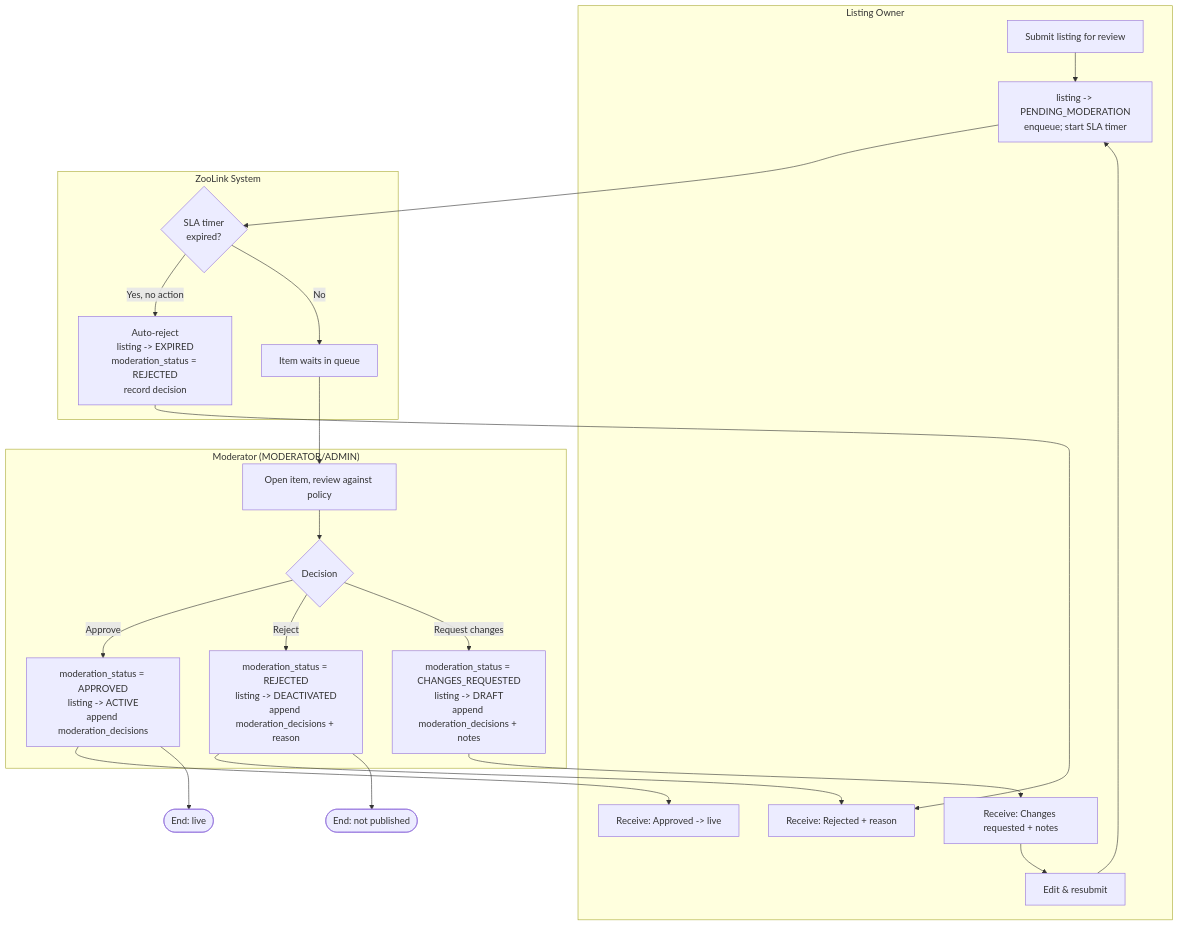
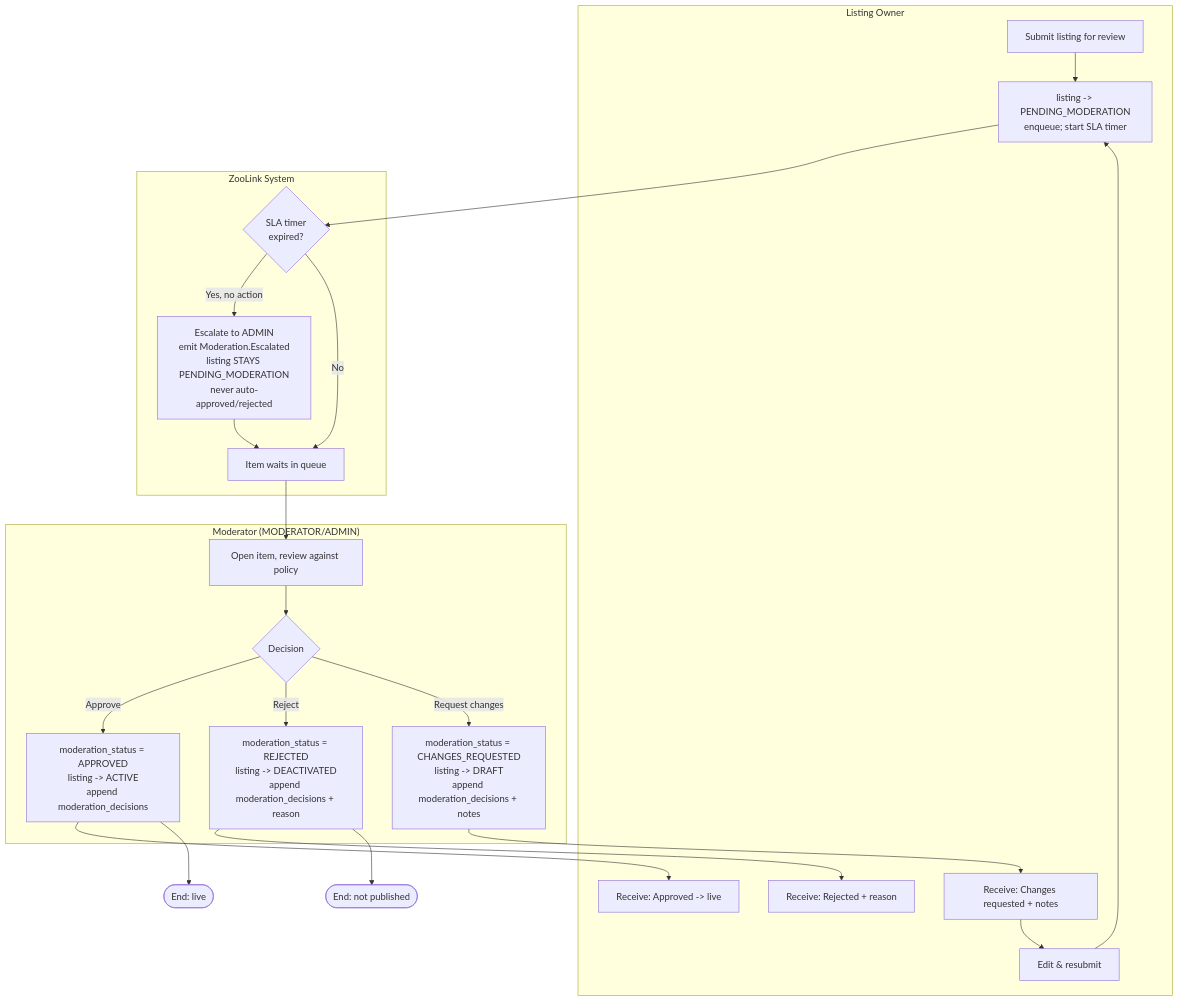
Before and after one commit to Aleksandr-Sulimenko/ZooLink: the first of 2 diagrams in docs/specs/12-moderation-domain.md, drawn with Mermaid. The commit also changed other lines of this file and 9 other files, not shown here.

````diff
--- a/docs/specs/12-moderation-domain.md
+++ b/docs/specs/12-moderation-domain.md
@@ -63,32 +63,32 @@
 ```mermaid
 flowchart TD
     subgraph Owner["Listing Owner"]
         A[Submit listing for review] --> Q
         N1[Receive: Approved -> live]
         N2[Receive: Rejected + reason]
         N3[Receive: Changes requested + notes]
         N3 --> ED[Edit & resubmit]
         ED --> Q
     end
 
     subgraph System["ZooLink System"]
         Q[listing -> PENDING_MODERATION<br/>enqueue; start SLA timer] --> SLA{SLA timer<br/>expired?}
-        SLA -- Yes, no action --> TO[Auto-reject<br/>listing -> EXPIRED<br/>moderation_status = REJECTED<br/>record decision]
+        SLA -- Yes, no action --> TO[Escalate to ADMIN<br/>emit Moderation.Escalated<br/>listing STAYS PENDING_MODERATION<br/>never auto-approved/rejected]
         SLA -- No --> WAIT[Item waits in queue]
+        TO --> WAIT
     end
 
     subgraph Moderator["Moderator (MODERATOR/ADMIN)"]
         WAIT --> R[Open item, review against policy]
         R --> D{Decision}
         D -- Approve --> AP[moderation_status = APPROVED<br/>listing -> ACTIVE<br/>append moderation_decisions]
         D -- Reject --> RJ[moderation_status = REJECTED<br/>listing -> DEACTIVATED<br/>append moderation_decisions + reason]
         D -- Request changes --> CR[moderation_status = CHANGES_REQUESTED<br/>listing -> DRAFT<br/>append moderation_decisions + notes]
     end
 
     AP --> N1
     RJ --> N2
     CR --> N3
-    TO --> N2
     AP --> E([End: live])
     RJ --> E2([End: not published])
 ```
````
